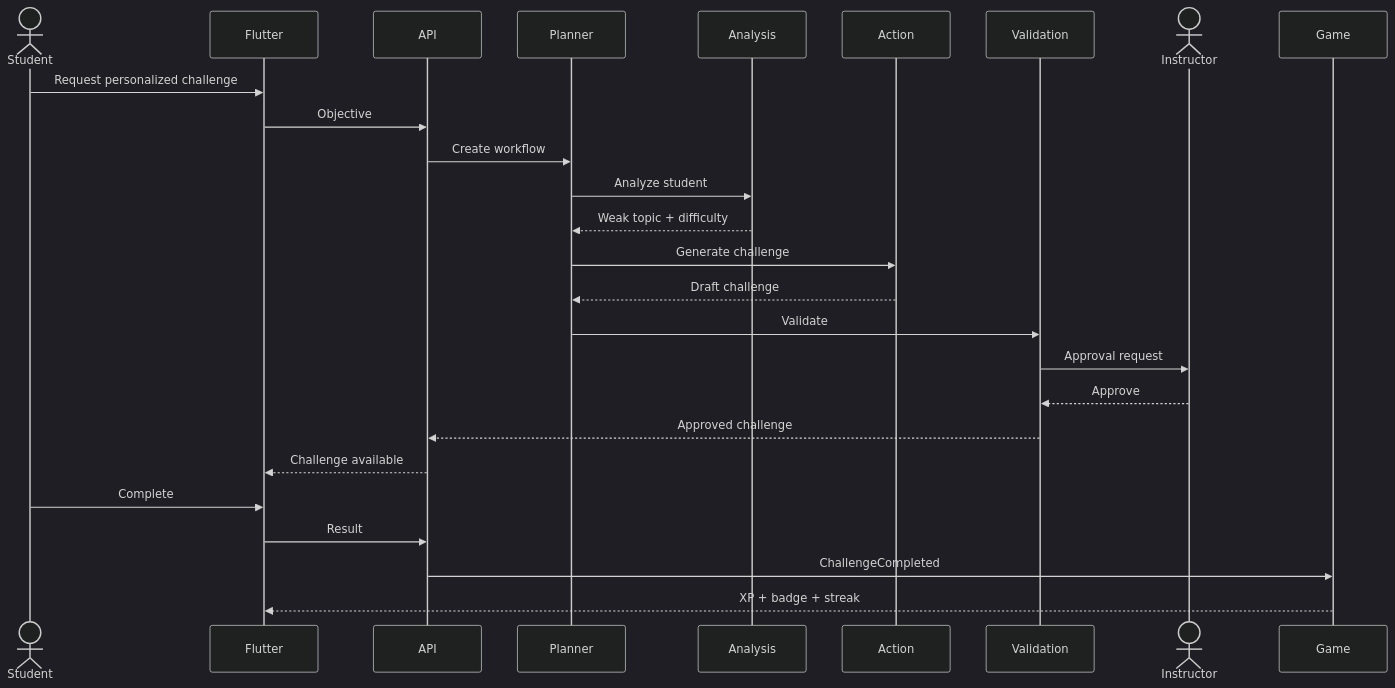
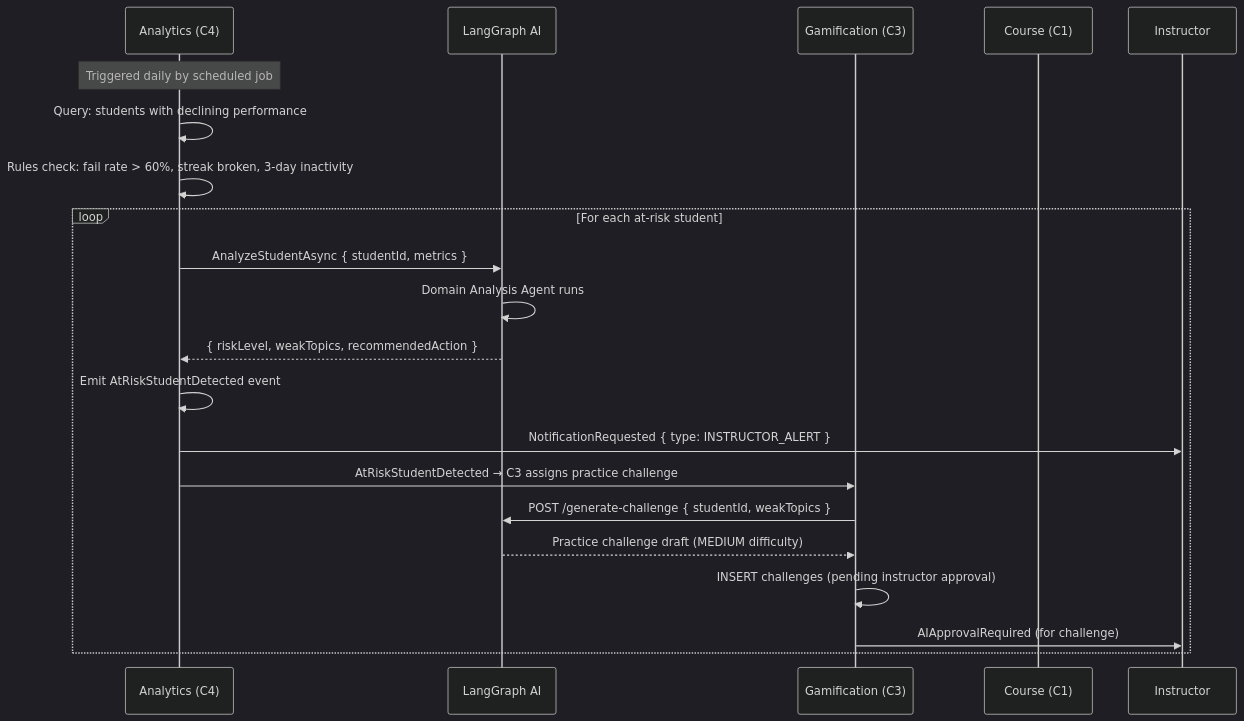
Before and after one commit to Raashidh-Rizvi/EduFlowAi: the third of 3 diagrams in docs/11_COMPONENT_INTEGRATION_MATRIX.md, drawn with Mermaid (dark theme). The commit also changed other lines of this file and 38 other files, not shown here.

````diff
--- a/docs/11_COMPONENT_INTEGRATION_MATRIX.md
+++ b/docs/11_COMPONENT_INTEGRATION_MATRIX.md
@@ -47,29 +209,26 @@
 ```mermaid
 sequenceDiagram
-    actor Student
-    participant Flutter
-    participant API
-    participant Planner
-    participant Analysis
-    participant Action
-    participant Validation
-    actor Instructor
-    participant Game
+    participant C4 as Analytics (C4)
+    participant AI as LangGraph AI
+    participant C3 as Gamification (C3)
+    participant C1 as Course (C1)
+    participant Instructor
 
-    Student->>Flutter: Request personalized challenge
-    Flutter->>API: Objective
-    API->>Planner: Create workflow
-    Planner->>Analysis: Analyze student
-    Analysis-->>Planner: Weak topic + difficulty
-    Planner->>Action: Generate challenge
-    Action-->>Planner: Draft challenge
-    Planner->>Validation: Validate
-    Validation->>Instructor: Approval request
-    Instructor-->>Validation: Approve
-    Validation-->>API: Approved challenge
-    API-->>Flutter: Challenge available
-    Student->>Flutter: Complete
-    Flutter->>API: Result
-    API->>Game: ChallengeCompleted
-    Game-->>Flutter: XP + badge + streak
+    Note over C4: Triggered daily by scheduled job
+    C4->>C4: Query: students with declining performance
+    C4->>C4: Rules check: fail rate > 60%, streak broken, 3-day inactivity
+
+    loop For each at-risk student
+        C4->>AI: AnalyzeStudentAsync { studentId, metrics }
+        AI->>AI: Domain Analysis Agent runs
+        AI-->>C4: { riskLevel, weakTopics, recommendedAction }
+        
+        C4->>C4: Emit AtRiskStudentDetected event
+        C4->>Instructor: NotificationRequested { type: INSTRUCTOR_ALERT }
+        C4->>C3: AtRiskStudentDetected → C3 assigns practice challenge
+        C3->>AI: POST /generate-challenge { studentId, weakTopics }
+        AI-->>C3: Practice challenge draft (MEDIUM difficulty)
+        C3->>C3: INSERT challenges (pending instructor approval)
+        C3->>Instructor: AIApprovalRequired (for challenge)
+    end
 ```
````
